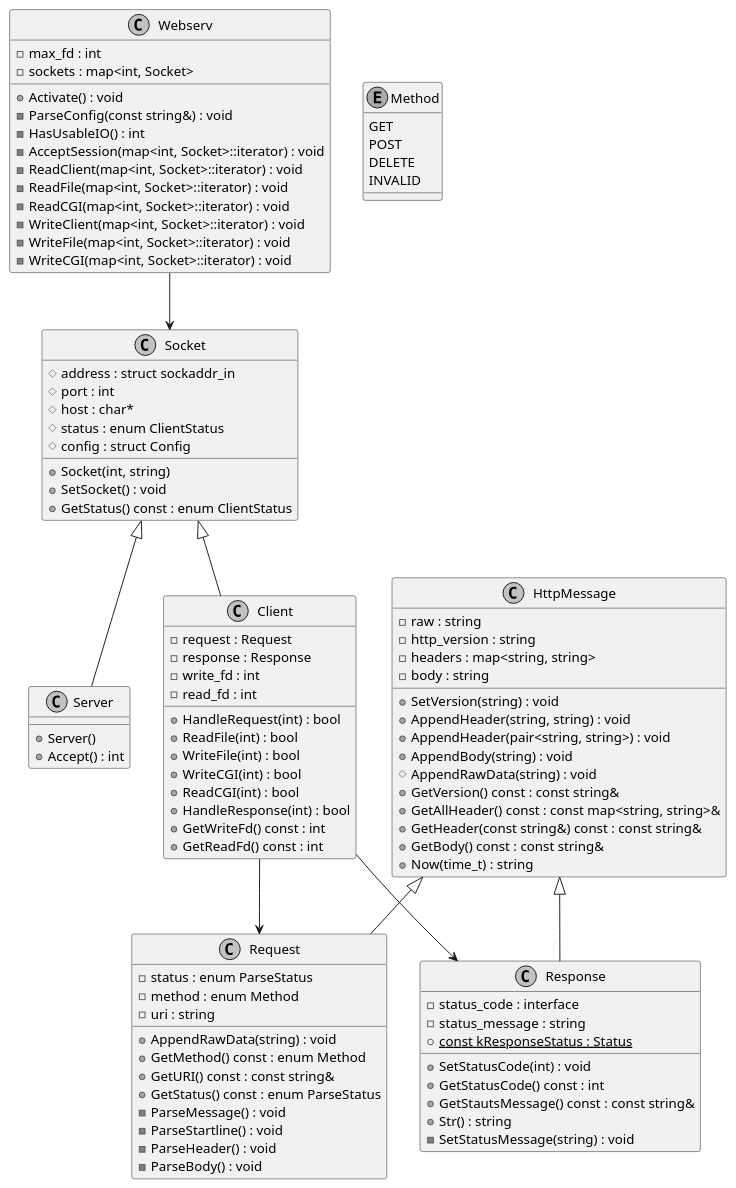
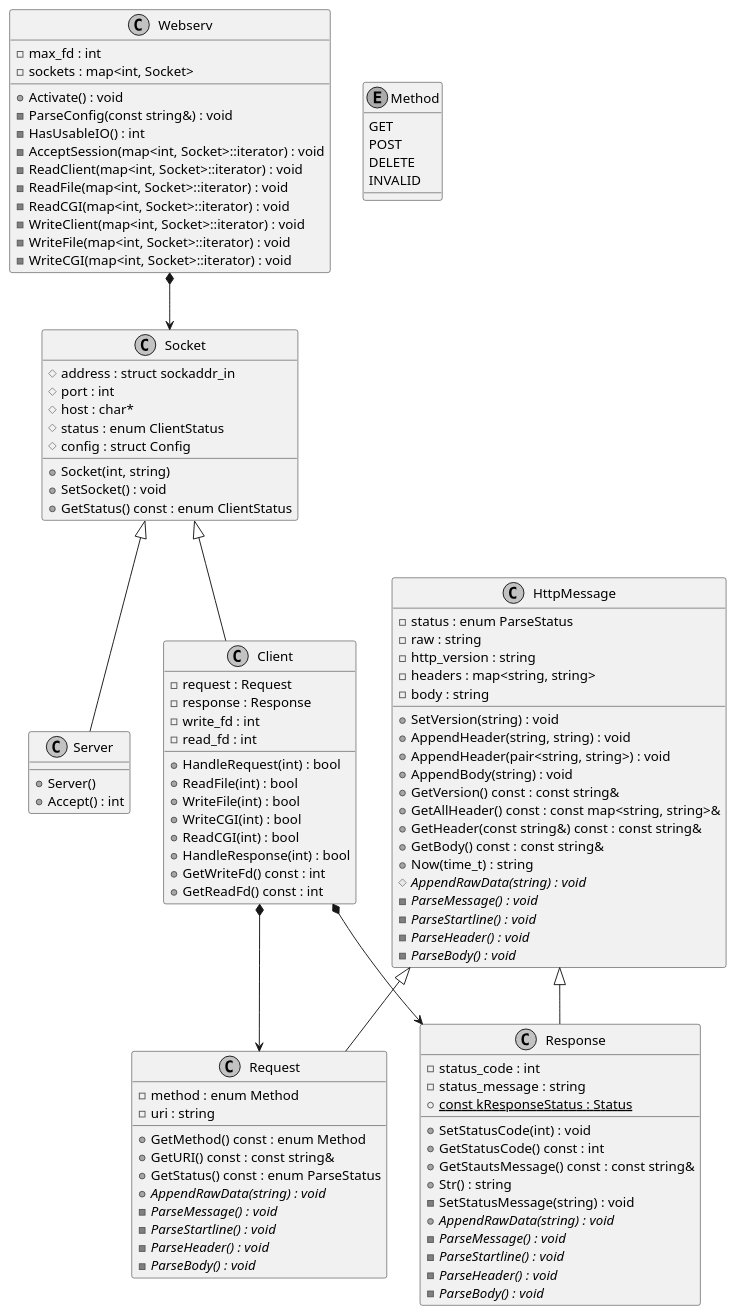
Before and after one commit to tkomatsu/webserv: the diagram in docs/webserv.pu, drawn with PlantUML.

Commit message:
docs(uml): add virtual functions

```diff
--- a/docs/webserv.pu
+++ b/docs/webserv.pu
@@ -1,109 +1,118 @@
 @startuml webserv
 
 skinparam monochrome true
 skinparam shadowing false
 
 class Webserv {
   - max_fd : int
   - sockets : map<int, Socket>
   + Activate() : void
   - ParseConfig(const string&) : void
   - HasUsableIO() : int
   - AcceptSession(map<int, Socket>::iterator) : void
   - ReadClient(map<int, Socket>::iterator) : void
   - ReadFile(map<int, Socket>::iterator) : void
   - ReadCGI(map<int, Socket>::iterator) : void
   - WriteClient(map<int, Socket>::iterator) : void
   - WriteFile(map<int, Socket>::iterator) : void
   - WriteCGI(map<int, Socket>::iterator) : void
 }
 
 class Socket {
   # address : struct sockaddr_in
   # port : int
   # host : char*
   # status : enum ClientStatus
   # config : struct Config
   + Socket(int, string)
   + SetSocket() : void
   + GetStatus() const : enum ClientStatus
 }
 
 class Server {
   + Server()
   + Accept() : int
 }
 
 class Client {
   - request : Request
   - response : Response
   - write_fd : int
   - read_fd : int
   + HandleRequest(int) : bool
   + ReadFile(int) : bool
   + WriteFile(int) : bool
   + WriteCGI(int) : bool
   + ReadCGI(int) : bool
   + HandleResponse(int) : bool
   + GetWriteFd() const : int
   + GetReadFd() const : int
 }
 
-class Request {
+class HttpMessage {
   - status : enum ParseStatus
-  - method : enum Method
-  - uri : string
-  + AppendRawData(string) : void
-  + GetMethod() const : enum Method
-  + GetURI() const : const string&
-  + GetStatus() const : enum ParseStatus
-  - ParseMessage() : void
-  - ParseStartline() : void
-  - ParseHeader() : void
-  - ParseBody() : void
-}
-
-class Response {
-  - status_code : interface
-  - status_message : string
-  + {static} const kResponseStatus : Status
-  + SetStatusCode(int) : void
-  + GetStatusCode() const : int
-  + GetStautsMessage() const : const string&
-  + Str() : string
-  - SetStatusMessage(string) : void
-}
-
-class HttpMessage {
   - raw : string
   - http_version : string
   - headers : map<string, string>
   - body : string
   + SetVersion(string) : void
   + AppendHeader(string, string) : void
   + AppendHeader(pair<string, string>) : void
   + AppendBody(string) : void
-  # AppendRawData(string) : void
   + GetVersion() const : const string&
   + GetAllHeader() const : const map<string, string>&
   + GetHeader(const string&) const : const string&
   + GetBody() const : const string&
   + Now(time_t) : string
+  # {abstract} AppendRawData(string) : void
+  - {abstract} ParseMessage() : void
+  - {abstract} ParseStartline() : void
+  - {abstract} ParseHeader() : void
+  - {abstract} ParseBody() : void
+}
+
+class Request {
+  - method : enum Method
+  - uri : string
+  + GetMethod() const : enum Method
+  + GetURI() const : const string&
+  + GetStatus() const : enum ParseStatus
+  + {abstract} AppendRawData(string) : void
+  - {abstract} ParseMessage() : void
+  - {abstract} ParseStartline() : void
+  - {abstract} ParseHeader() : void
+  - {abstract} ParseBody() : void
+}
+
+class Response {
+  - status_code : int
+  - status_message : string
+  + {static} const kResponseStatus : Status
+  + SetStatusCode(int) : void
+  + GetStatusCode() const : int
+  + GetStautsMessage() const : const string&
+  + Str() : string
+  - SetStatusMessage(string) : void
+  + {abstract} AppendRawData(string) : void
+  - {abstract} ParseMessage() : void
+  - {abstract} ParseStartline() : void
+  - {abstract} ParseHeader() : void
+  - {abstract} ParseBody() : void
 }
 
 enum Method {
   GET
   POST
   DELETE
   INVALID
 }
 
-Webserv --> Socket
+Webserv *--> Socket
 Socket <|-- Client
 Socket <|-- Server
-Client --> Request
-Client --> Response
+Client *--> Request
+Client *--> Response
 HttpMessage <|-- Request
 HttpMessage <|-- Response
 
 @enduml
```
